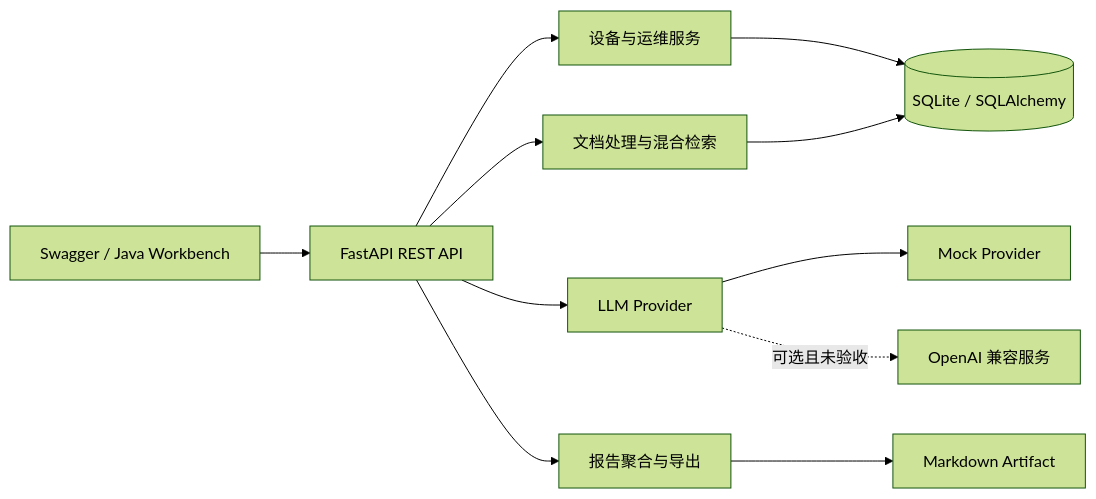
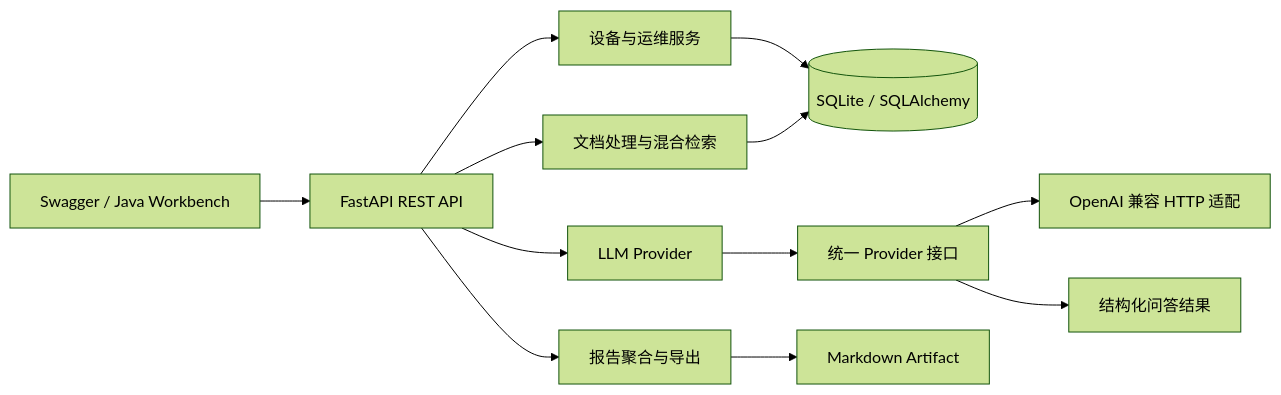
One commit to Kailovek/ai-hospital-operations-platform changed the first of 5 diagrams in README.md. Above: the diagram before and after it, drawn with Mermaid (forest theme). The commit also changed other lines of this file and 10 other files, not shown here.

Commit message:
docs: focus publication narrative on architecture and implementation

````diff
--- a/README.md
+++ b/README.md
@@ -40,13 +40,14 @@
 ```mermaid
 flowchart LR
     UI[Swagger / Java Workbench] --> API[FastAPI REST API]
     API --> Ops[设备与运维服务]
     API --> KB[文档处理与混合检索]
     API --> AI[LLM Provider]
     API --> Report[报告聚合与导出]
     Ops --> DB[(SQLite / SQLAlchemy)]
     KB --> DB
-    AI --> Mock[Mock Provider]
-    AI -. 可选且未验收 .-> Remote[OpenAI 兼容服务]
+    AI --> Provider[统一 Provider 接口]
+    Provider --> Remote[OpenAI 兼容 HTTP 适配]
+    Provider --> Answer[结构化问答结果]
     Report --> Markdown[Markdown Artifact]
 ```
````
